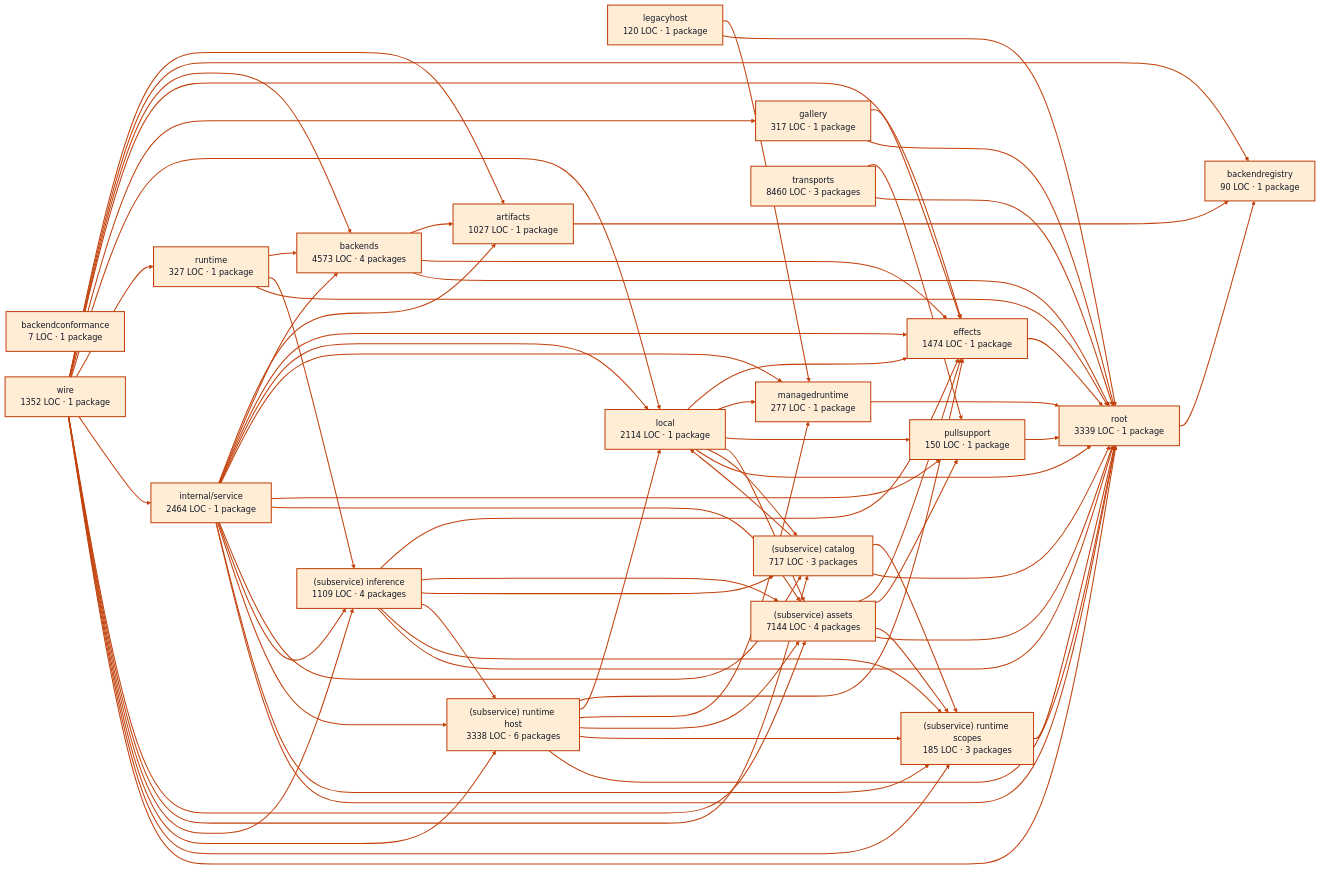
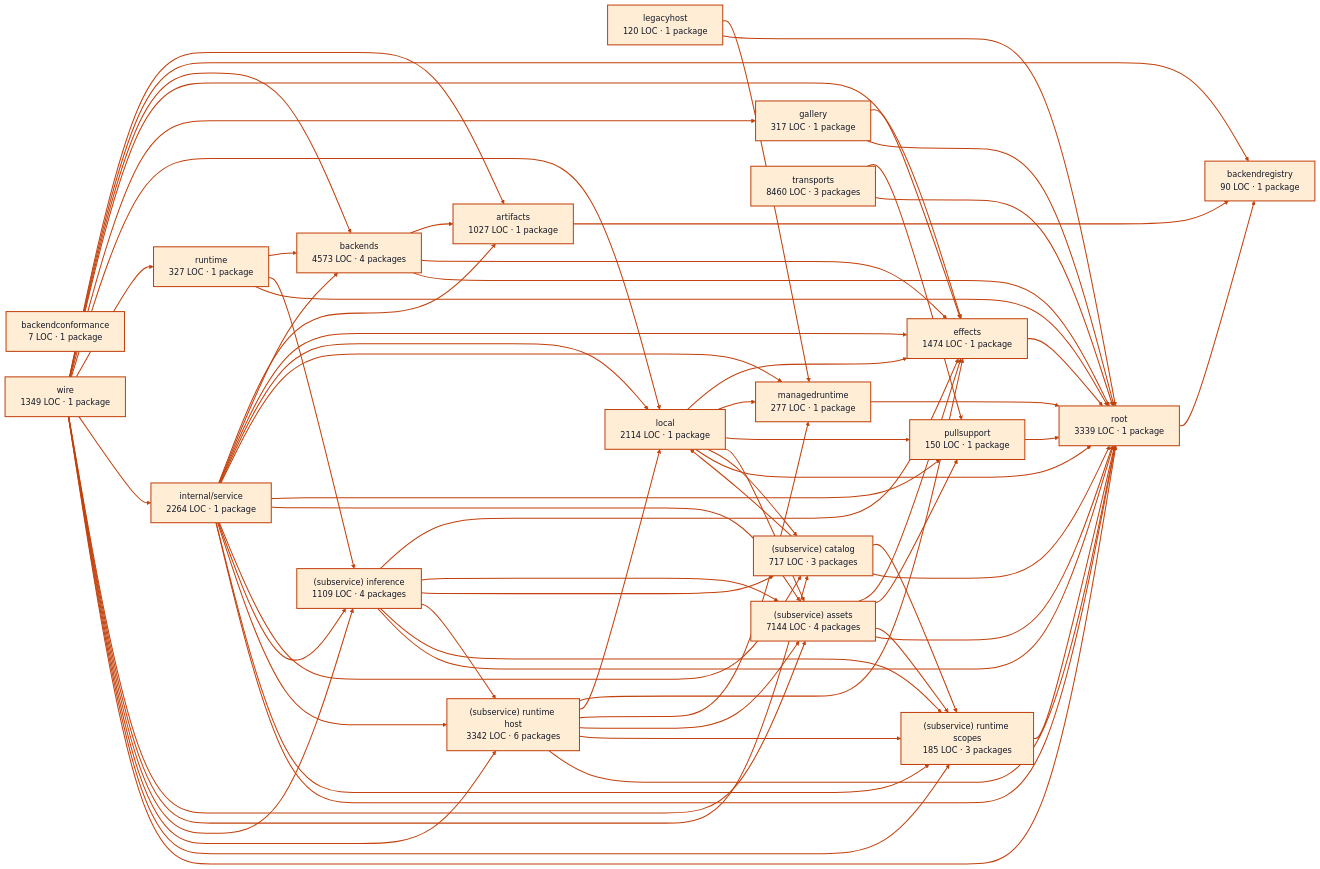
One commit to portpowered/you-agent-factory changed the diagram in docs/architecture/visualizations/services/models.md. Above: the diagram before and after it, drawn with Mermaid. The commit also changed other lines of this file and 20 other files, not shown here.

Commit message:
docs: refresh backend architecture visualizations

```diff
--- a/docs/architecture/visualizations/services/models.md
+++ b/docs/architecture/visualizations/services/models.md
@@ -21,15 +21,15 @@
   p8["managedruntime<br/>277 LOC · 1 package"]
   p9["pullsupport<br/>150 LOC · 1 package"]
   p10["runtime<br/>327 LOC · 1 package"]
-  p11["internal/service<br/>2464 LOC · 1 package"]
+  p11["internal/service<br/>2264 LOC · 1 package"]
   p12["(subservice) assets<br/>7144 LOC · 4 packages"]
   p13["(subservice) catalog<br/>717 LOC · 3 packages"]
   p14["(subservice) inference<br/>1109 LOC · 4 packages"]
-  p15["(subservice) runtime host<br/>3338 LOC · 6 packages"]
+  p15["(subservice) runtime host<br/>3342 LOC · 6 packages"]
   p16["(subservice) runtime scopes<br/>185 LOC · 3 packages"]
   p17["root<br/>3339 LOC · 1 package"]
   p18["transports<br/>8460 LOC · 3 packages"]
-  p19["wire<br/>1352 LOC · 1 package"]
+  p19["wire<br/>1349 LOC · 1 package"]
   p0 --> p2
   p3 --> p0
   p3 --> p4
```
